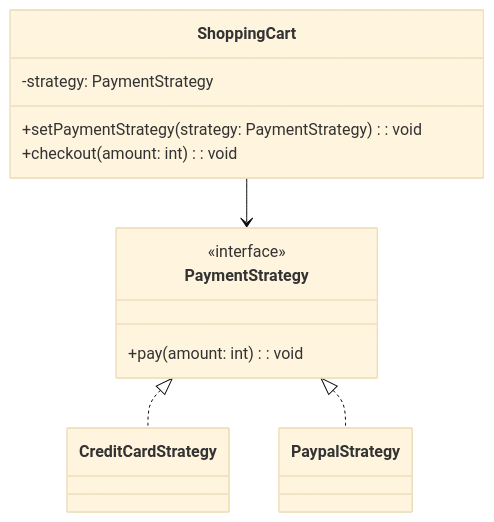
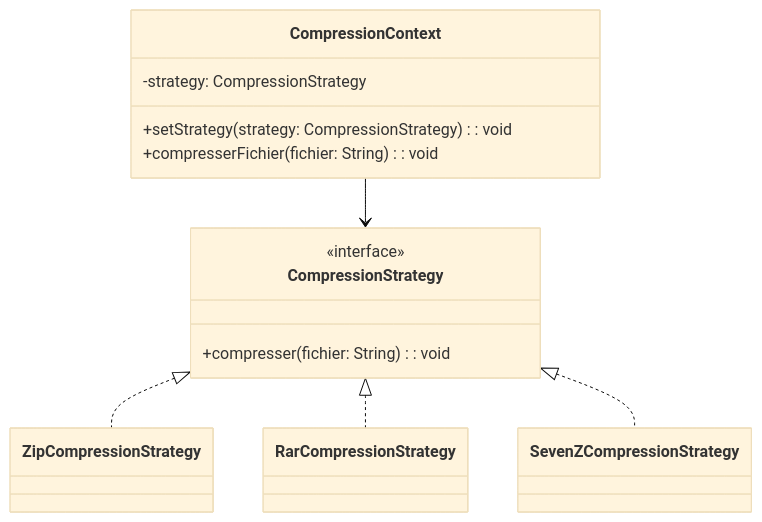
One commit to ophenix-maisonneuve/420-930-ma-site-web changed the diagram in _notes/patterns/comportement/pattern-strategy.md. Above: the diagram before and after it, drawn with Mermaid (base theme). The commit also changed other lines of this file and 5 other files, not shown here.

````diff
--- a/_notes/patterns/comportement/pattern-strategy.md
+++ b/_notes/patterns/comportement/pattern-strategy.md
@@ -100,15 +90,28 @@
 ```mermaid
 classDiagram
-class PaymentStrategy {
+class CompressionStrategy {
   <<interface>>
-  +pay(amount: int): void
+  +compresser(fichier: String): void
 }
-PaymentStrategy <|.. CreditCardStrategy
-PaymentStrategy <|.. PaypalStrategy
-class ShoppingCart {
-  -strategy: PaymentStrategy
-  +setPaymentStrategy(strategy: PaymentStrategy): void
-  +checkout(amount: int): void
+
+class ZipCompressionStrategy {
 }
-ShoppingCart --> PaymentStrategy
+
+class RarCompressionStrategy {
+}
+
+class SevenZCompressionStrategy {
+}
+
+class CompressionContext {
+  -strategy: CompressionStrategy
+  +setStrategy(strategy: CompressionStrategy): void
+  +compresserFichier(fichier: String): void
+}
+
+CompressionStrategy <|.. ZipCompressionStrategy
+CompressionStrategy <|.. RarCompressionStrategy
+CompressionStrategy <|.. SevenZCompressionStrategy
+CompressionContext --> CompressionStrategy
+
 ```
````
